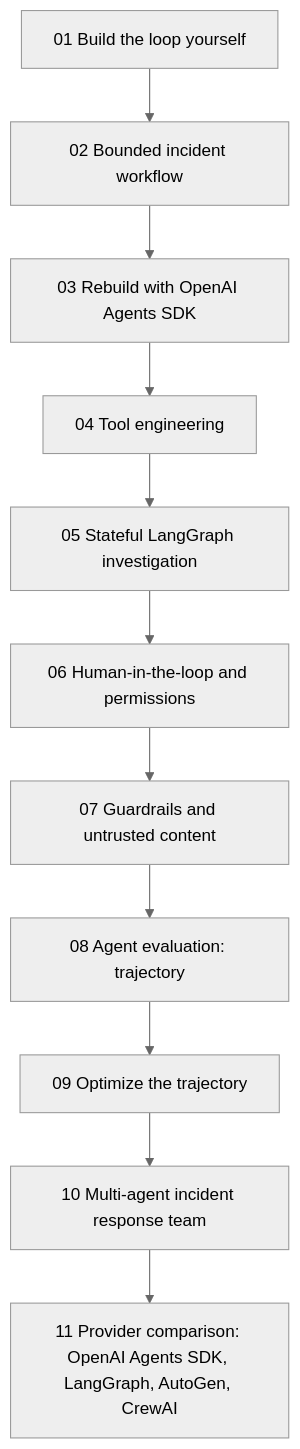
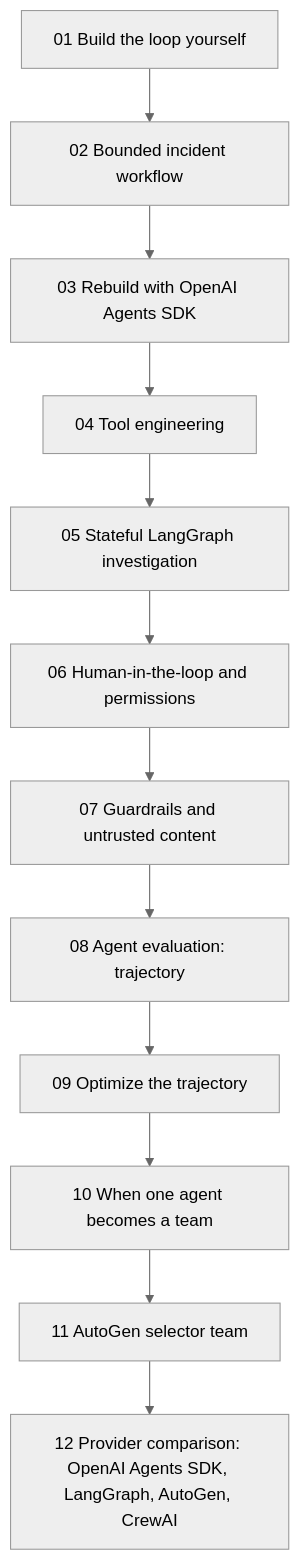
Before and after one commit to mahsa-teimourikia/awesome-ai-agents: the diagram in docs/agentops-lab.md, drawn with Mermaid (neutral theme). The commit also changed other lines of this file and 9 other files, not shown here.

Commit message:
Add AgentOps multi-agent team notebooks

````diff
--- a/docs/agentops-lab.md
+++ b/docs/agentops-lab.md
@@ -38,13 +40,14 @@
 ```mermaid
 flowchart TD
     N1["01 Build the loop yourself"] --> N2["02 Bounded incident workflow"]
     N2 --> N3["03 Rebuild with OpenAI Agents SDK"]
     N3 --> N4["04 Tool engineering"]
     N4 --> N5["05 Stateful LangGraph investigation"]
     N5 --> N6["06 Human-in-the-loop and permissions"]
     N6 --> N7["07 Guardrails and untrusted content"]
     N7 --> N8["08 Agent evaluation: trajectory"]
     N8 --> N9["09 Optimize the trajectory"]
-    N9 --> N10["10 Multi-agent incident response team"]
-    N10 --> N11["11 Provider comparison: OpenAI Agents SDK, LangGraph, AutoGen, CrewAI"]
+    N9 --> N10["10 When one agent becomes a team"]
+    N10 --> N11["11 AutoGen selector team"]
+    N11 --> N12["12 Provider comparison: OpenAI Agents SDK, LangGraph, AutoGen, CrewAI"]
 ```
````
